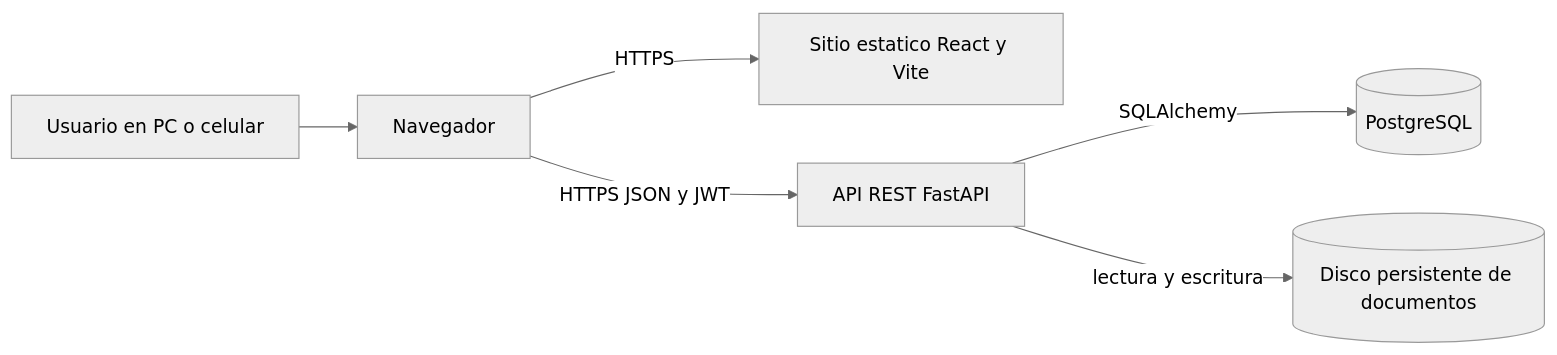
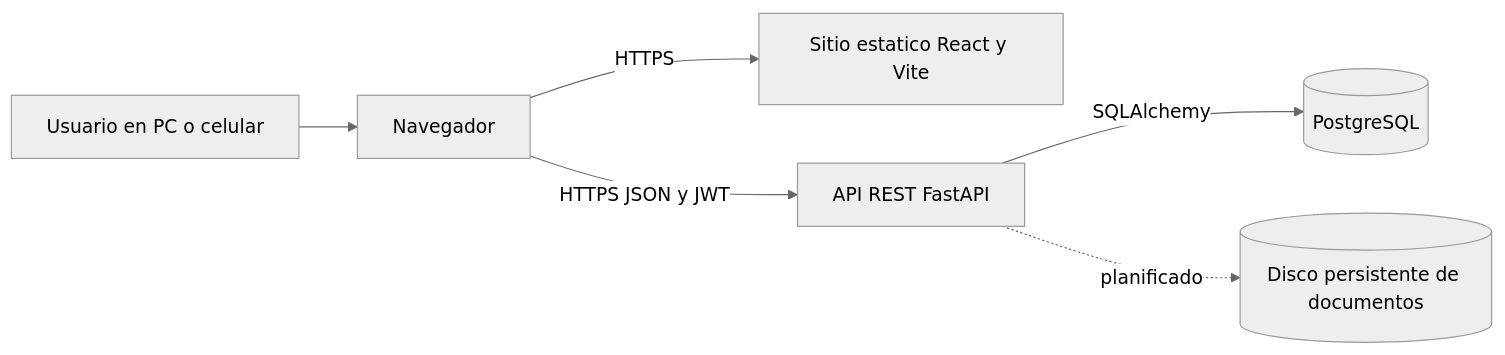
The first of 2 diagrams in 2-arquitectura-del-sistema.md (AleBonansea/AI4Devs-finalproject), drawn with Mermaid (neutral theme) before and after one commit. The commit also changed other lines of this file and 10 other files, not shown here.

````diff
--- a/2-arquitectura-del-sistema.md
+++ b/2-arquitectura-del-sistema.md
@@ -9,8 +9,8 @@
 ```mermaid
 flowchart LR
     U[Usuario en PC o celular] --> N[Navegador]
     N -->|HTTPS| S[Sitio estatico React y Vite]
     N -->|HTTPS JSON y JWT| A[API REST FastAPI]
     A -->|SQLAlchemy| P[(PostgreSQL)]
-    A -->|lectura y escritura| D[(Disco persistente de documentos)]
+    A -.->|planificado| D[(Disco persistente de documentos)]
 ```
````
